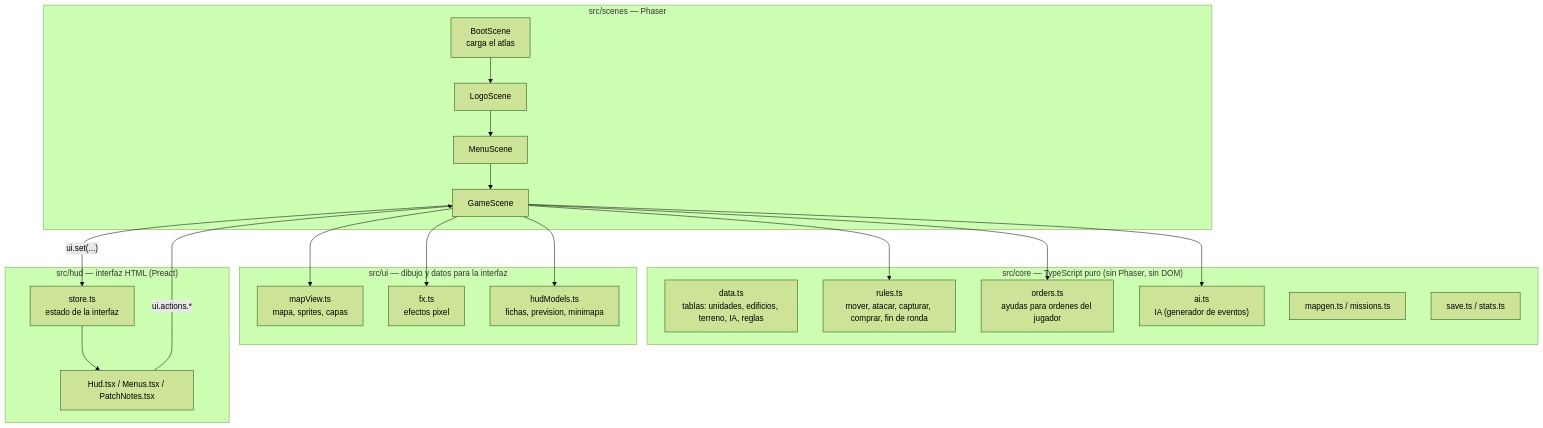
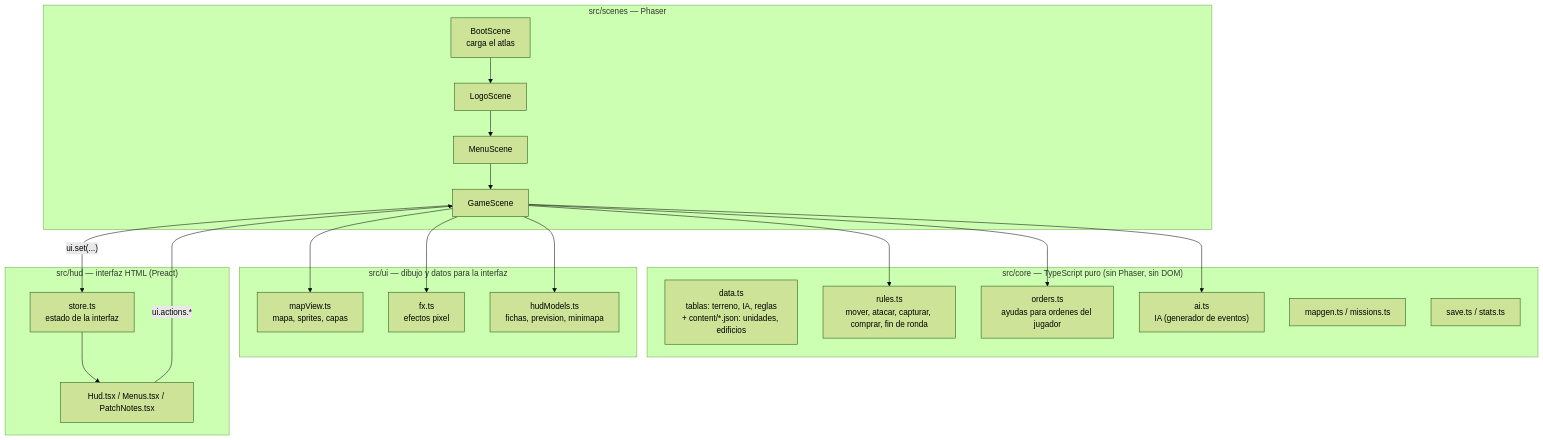
The first of 2 diagrams in docs/ARQUITECTURA.md (uSources/ilogic-remake), drawn with Mermaid (forest theme) before and after one commit. The commit also changed other lines of this file and 20 other files, not shown here.

````diff
--- a/docs/ARQUITECTURA.md
+++ b/docs/ARQUITECTURA.md
@@ -8,26 +8,26 @@
 ```mermaid
 flowchart TB
   subgraph core["src/core — TypeScript puro (sin Phaser, sin DOM)"]
-    data["data.ts<br/>tablas: unidades, edificios, terreno, IA, reglas"]
+    data["data.ts<br/>tablas: terreno, IA, reglas<br/>+ content/*.json: unidades, edificios"]
     rules["rules.ts<br/>mover, atacar, capturar, comprar, fin de ronda"]
     orders["orders.ts<br/>ayudas para ordenes del jugador"]
     ai["ai.ts<br/>IA (generador de eventos)"]
     gen["mapgen.ts / missions.ts"]
     save["save.ts / stats.ts"]
   end
   subgraph scenes["src/scenes — Phaser"]
     boot["BootScene<br/>carga el atlas"] --> logo[LogoScene] --> menu[MenuScene] --> game[GameScene]
   end
   subgraph ui["src/ui — dibujo y datos para la interfaz"]
     mapView["mapView.ts<br/>mapa, sprites, capas"]
     fx["fx.ts<br/>efectos pixel"]
     hudModels["hudModels.ts<br/>fichas, prevision, minimapa"]
   end
   subgraph hud["src/hud — interfaz HTML (Preact)"]
     store["store.ts<br/>estado de la interfaz"] --> comps["Hud.tsx / Menus.tsx / PatchNotes.tsx"]
   end
   game --> rules & ai & orders
   game --> mapView & fx & hudModels
   game -- "ui.set(...)" --> store
   comps -- "ui.actions.*" --> game
 ```
````
